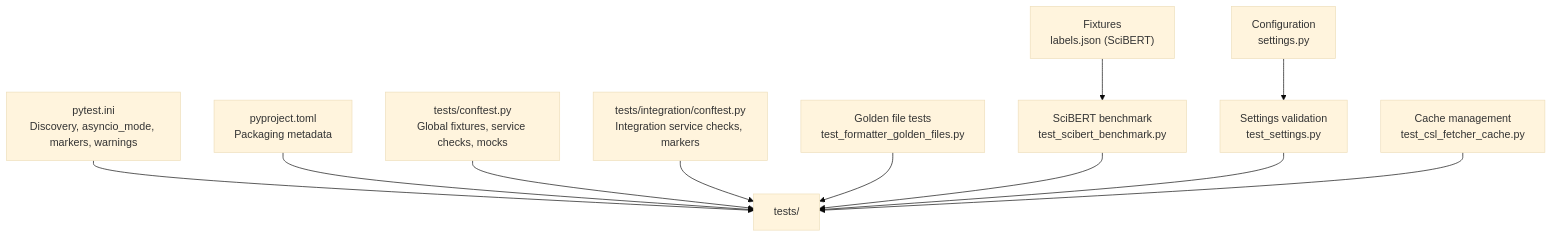
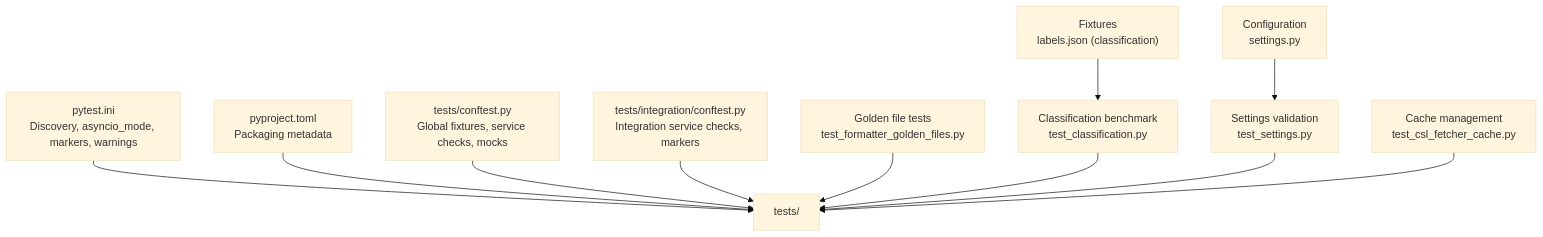
The first of 8 diagrams in .docs/content/Testing Strategy/Backend Testing/Backend Testing.md (rohitkumarnaidu/ScholarFormAI), drawn with Mermaid (base theme) before and after one commit. The commit also changed other lines of this file and 6 other files, not shown here.

First line of the commit message:
docs: update testing, API, and architecture docs in .docs/

````diff
--- a/.docs/content/Testing Strategy/Backend Testing/Backend Testing.md
+++ b/.docs/content/Testing Strategy/Backend Testing/Backend Testing.md
@@ -61,13 +61,13 @@
 ```mermaid
 graph TB
 A["pytest.ini<br/>Discovery, asyncio_mode, markers, warnings"] --> B["tests/"]
 C["pyproject.toml<br/>Packaging metadata"] --> B
 D["tests/conftest.py<br/>Global fixtures, service checks, mocks"] --> B
 E["tests/integration/conftest.py<br/>Integration service checks, markers"] --> B
 F["Golden file tests<br/>test_formatter_golden_files.py"] --> B
-G["SciBERT benchmark<br/>test_scibert_benchmark.py"] --> B
+G["Classification benchmark<br/>test_classification.py"] --> B
 H["Settings validation<br/>test_settings.py"] --> B
 I["Cache management<br/>test_csl_fetcher_cache.py"] --> B
-J["Fixtures<br/>labels.json (SciBERT)"] --> G
+J["Fixtures<br/>labels.json (classification)"] --> G
 K["Configuration<br/>settings.py"] --> H
 ```
````
